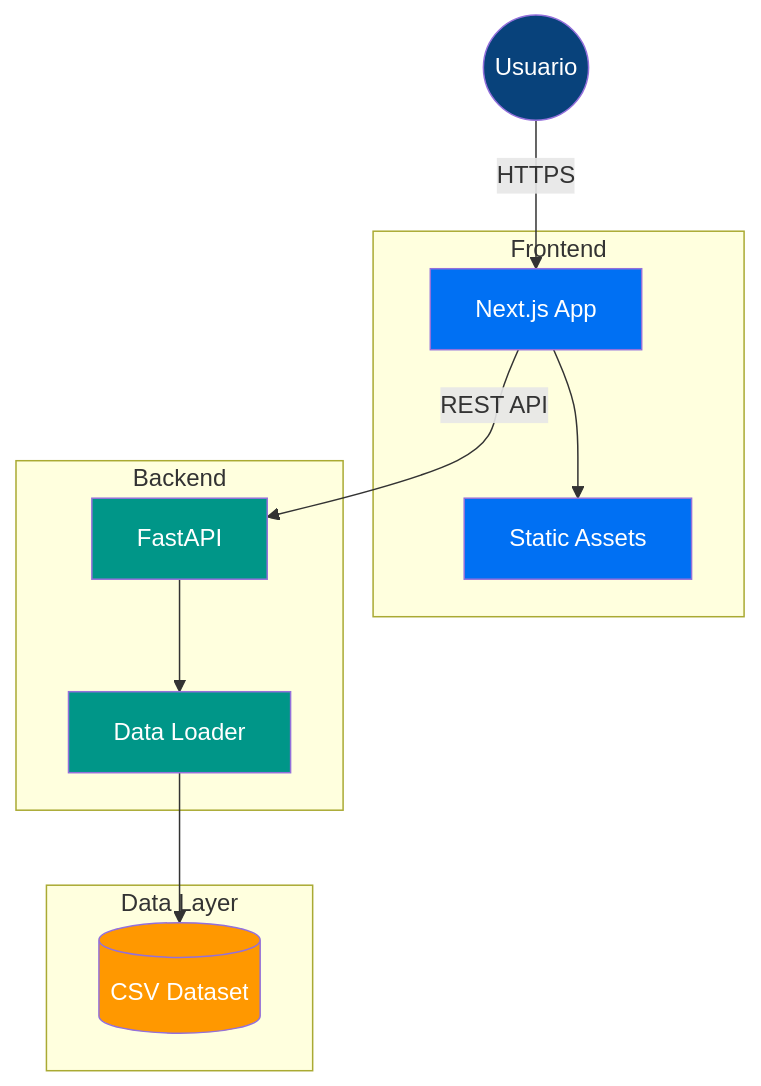
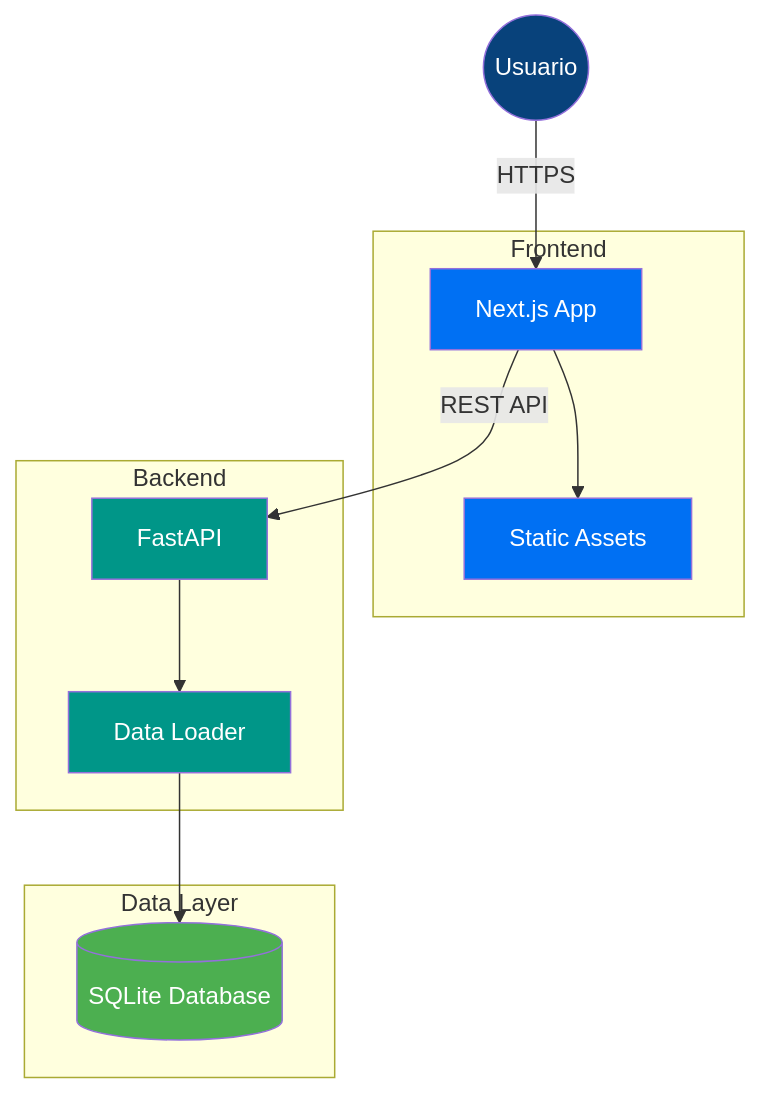
The third of 6 diagrams in README.md (italomanzine/olympic-data-explorer), drawn with Mermaid before and after one commit. The commit also changed other lines of this file and 33 other files, not shown here.

````diff
--- a/README.md
+++ b/README.md
@@ -281,31 +284,31 @@
 ```mermaid
 flowchart TB
     user(("Usuario"))
     
     subgraph frontend["Frontend"]
         nextjs["Next.js App"]
         static["Static Assets"]
     end
     
     subgraph backend["Backend"]
         api["FastAPI"]
         dataloader["Data Loader"]
     end
     
     subgraph data["Data Layer"]
-        csv[("CSV Dataset")]
+        sqlite[("SQLite Database")]
     end
     
     user -->|"HTTPS"| nextjs
     nextjs --> static
     nextjs -->|"REST API"| api
     api --> dataloader
-    dataloader --> csv
+    dataloader --> sqlite
     
     style user fill:#08427b,color:#fff
     style nextjs fill:#0070f3,color:#fff
     style static fill:#0070f3,color:#fff
     style api fill:#009688,color:#fff
     style dataloader fill:#009688,color:#fff
-    style csv fill:#ff9800,color:#fff
+    style sqlite fill:#4caf50,color:#fff
 ```
````
